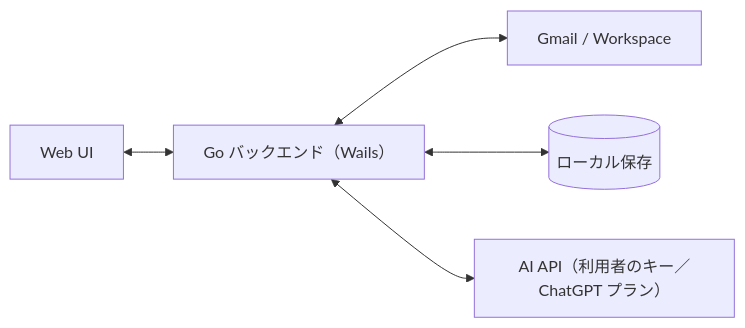
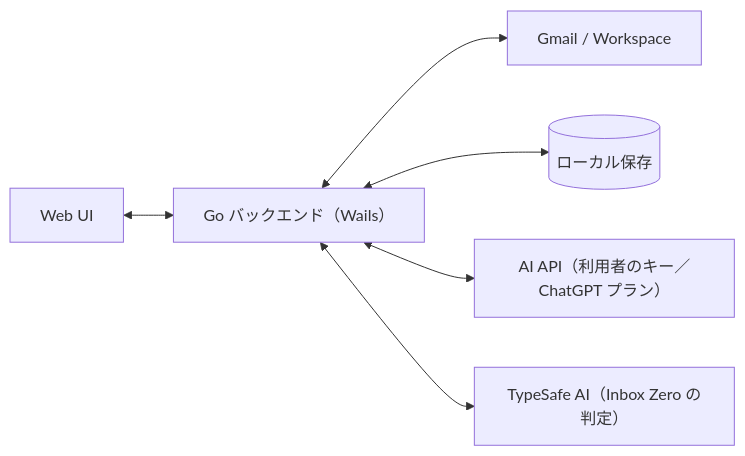
The diagram in docs/overview.md (ousiassllc/hitomado), drawn with Mermaid before and after one commit. The commit also changed other lines of this file, not shown here.

````diff
--- a/docs/overview.md
+++ b/docs/overview.md
@@ -55,7 +56,8 @@
 ```mermaid
 flowchart LR
   UI[Web UI] <--> GO[Go バックエンド（Wails）]
   GO <--> G[Gmail / Workspace]
   GO <--> DB[(ローカル保存)]
   GO <--> AI[AI API（利用者のキー／ChatGPT プラン）]
+  GO <--> TS[TypeSafe AI（Inbox Zero の判定）]
 ```
````
